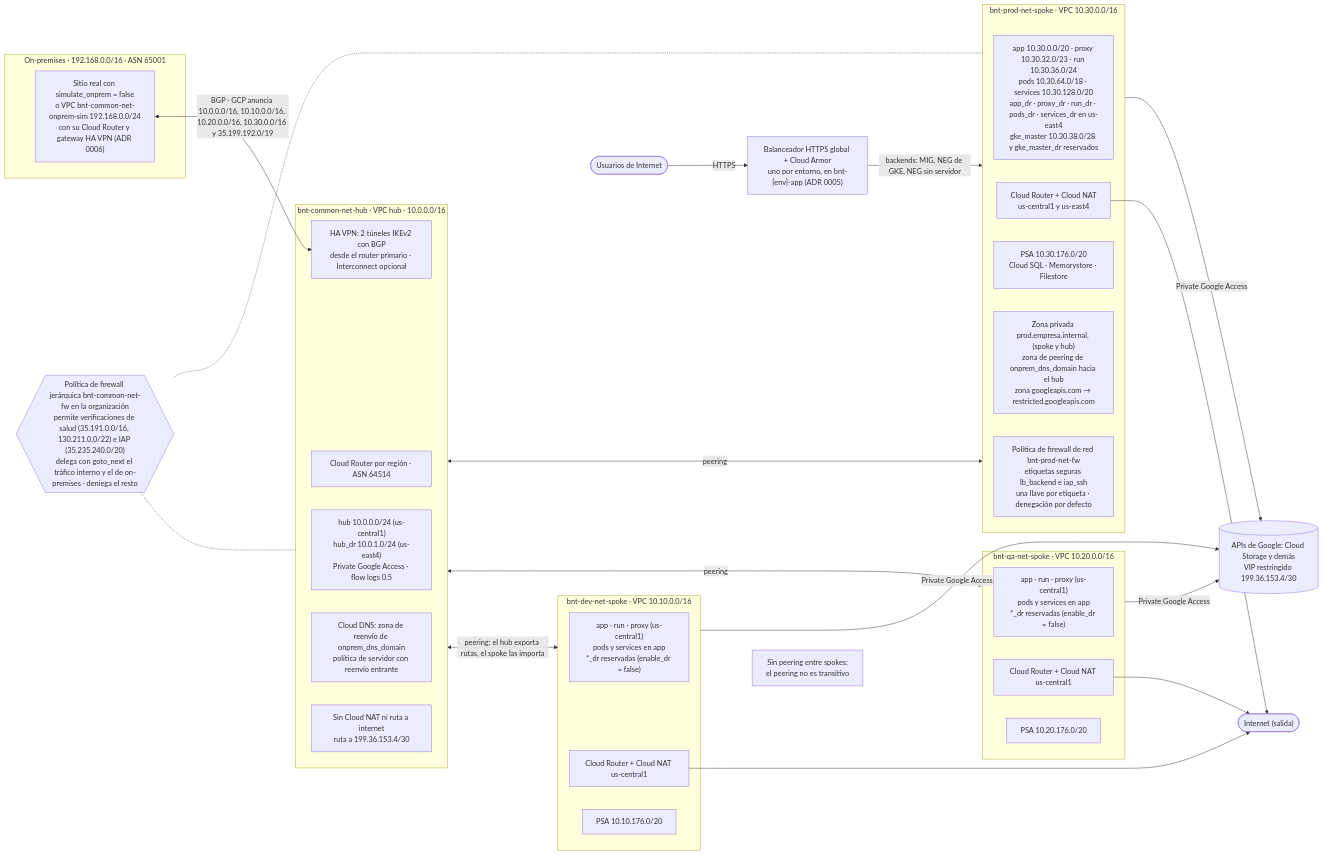
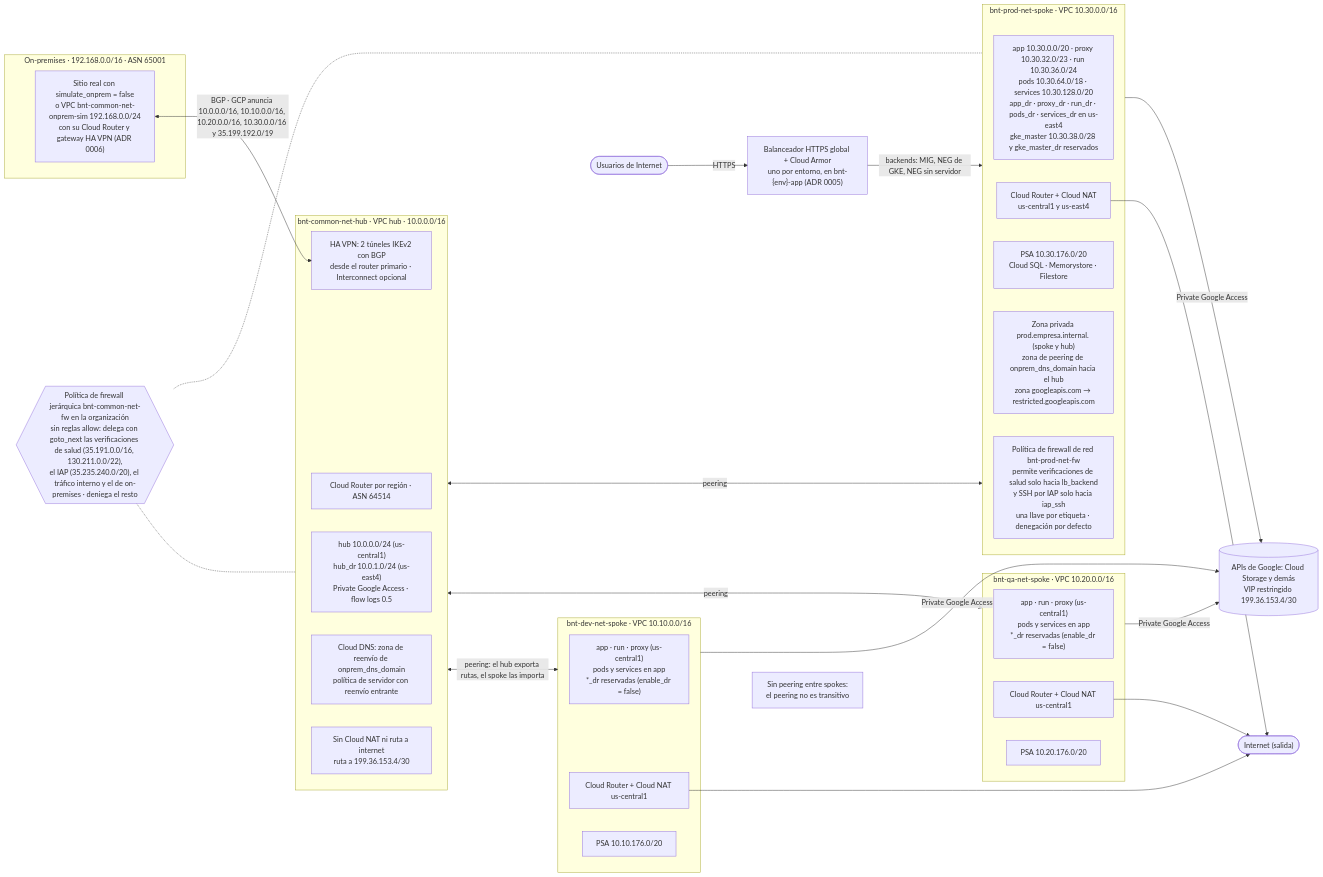
Before and after one commit to jadrianlg16/reto-banorte-gcp-terraform: the diagram in gcp-datacenter/docs/diagramas/02-red-y-conectividad.md, drawn with Mermaid. The commit also changed other lines of this file and 11 other files, not shown here.

Commit message:
Documentacion y pruebas de integracion al dia con las correcciones de la auditoria

````diff
--- a/gcp-datacenter/docs/diagramas/02-red-y-conectividad.md
+++ b/gcp-datacenter/docs/diagramas/02-red-y-conectividad.md
@@ -7,62 +7,62 @@
 ```mermaid
 flowchart LR
   users(["Usuarios de Internet"])
   xlb["Balanceador HTTPS global + Cloud Armor<br/>uno por entorno, en bnt-{env}-app (ADR 0005)"]
   users -- "HTTPS" --> xlb
 
   subgraph ONP["On-premises · 192.168.0.0/16 · ASN 65001"]
     onp["Sitio real con simulate_onprem = false<br/>o VPC bnt-common-net-onprem-sim 192.168.0.0/24<br/>con su Cloud Router y gateway HA VPN (ADR 0006)"]
   end
 
   subgraph HUB["bnt-common-net-hub · VPC hub · 10.0.0.0/16"]
     hsub["hub 10.0.0.0/24 (us-central1)<br/>hub_dr 10.0.1.0/24 (us-east4)<br/>Private Google Access · flow logs 0.5"]
     hcr["Cloud Router por región · ASN 64514"]
     hvpn["HA VPN: 2 túneles IKEv2 con BGP<br/>desde el router primario · Interconnect opcional"]
     hdns["Cloud DNS: zona de reenvío de onprem_dns_domain<br/>política de servidor con reenvío entrante"]
     hroute["Sin Cloud NAT ni ruta a internet<br/>ruta a 199.36.153.4/30"]
   end
 
   onp <-- "BGP · GCP anuncia 10.0.0.0/16, 10.10.0.0/16, 10.20.0.0/16, 10.30.0.0/16 y 35.199.192.0/19" --> hvpn
 
   subgraph DEV["bnt-dev-net-spoke · VPC 10.10.0.0/16"]
     dsub["app · run · proxy (us-central1)<br/>pods y services en app<br/>*_dr reservadas (enable_dr = false)"]
     dnat["Cloud Router + Cloud NAT us-central1"]
     dpsa["PSA 10.10.176.0/20"]
   end
 
   subgraph QA["bnt-qa-net-spoke · VPC 10.20.0.0/16"]
     qsub["app · run · proxy (us-central1)<br/>pods y services en app<br/>*_dr reservadas (enable_dr = false)"]
     qnat["Cloud Router + Cloud NAT us-central1"]
     qpsa["PSA 10.20.176.0/20"]
   end
 
   subgraph PROD["bnt-prod-net-spoke · VPC 10.30.0.0/16"]
     psub["app 10.30.0.0/20 · proxy 10.30.32.0/23 · run 10.30.36.0/24<br/>pods 10.30.64.0/18 · services 10.30.128.0/20<br/>app_dr · proxy_dr · run_dr · pods_dr · services_dr en us-east4<br/>gke_master 10.30.38.0/28 y gke_master_dr reservados"]
     pnat["Cloud Router + Cloud NAT<br/>us-central1 y us-east4"]
     ppsa["PSA 10.30.176.0/20<br/>Cloud SQL · Memorystore · Filestore"]
     pdns["Zona privada prod.empresa.internal. (spoke y hub)<br/>zona de peering de onprem_dns_domain hacia el hub<br/>zona googleapis.com → restricted.googleapis.com"]
-    pfw["Política de firewall de red bnt-prod-net-fw<br/>etiquetas seguras lb_backend e iap_ssh<br/>una llave por etiqueta · denegación por defecto"]
+    pfw["Política de firewall de red bnt-prod-net-fw<br/>permite verificaciones de salud solo hacia lb_backend<br/>y SSH por IAP solo hacia iap_ssh<br/>una llave por etiqueta · denegación por defecto"]
   end
 
   HUB <-- "peering: el hub exporta rutas, el spoke las importa" --> DEV
   HUB <-- "peering" --> QA
   HUB <-- "peering" --> PROD
   nopeer["Sin peering entre spokes:<br/>el peering no es transitivo"]
   DEV ~~~ nopeer ~~~ QA
 
   xlb -- "backends: MIG, NEG de GKE, NEG sin servidor" --> PROD
 
   egress(["Internet (salida)"])
   dnat --> egress
   qnat --> egress
   pnat --> egress
 
   gapis[("APIs de Google: Cloud Storage y demás<br/>VIP restringido 199.36.153.4/30")]
   PROD -- "Private Google Access" --> gapis
   DEV -- "Private Google Access" --> gapis
   QA -- "Private Google Access" --> gapis
 
-  hfw{{"Política de firewall jerárquica bnt-common-net-fw en la organización<br/>permite verificaciones de salud (35.191.0.0/16, 130.211.0.0/22) e IAP (35.235.240.0/20)<br/>delega con goto_next el tráfico interno y el de on-premises · deniega el resto"}}
+  hfw{{"Política de firewall jerárquica bnt-common-net-fw en la organización<br/>sin reglas allow: delega con goto_next las verificaciones de salud (35.191.0.0/16, 130.211.0.0/22),<br/>el IAP (35.235.240.0/20), el tráfico interno y el de on-premises · deniega el resto"}}
   hfw -.- HUB
   hfw -.- PROD
 ```
````
